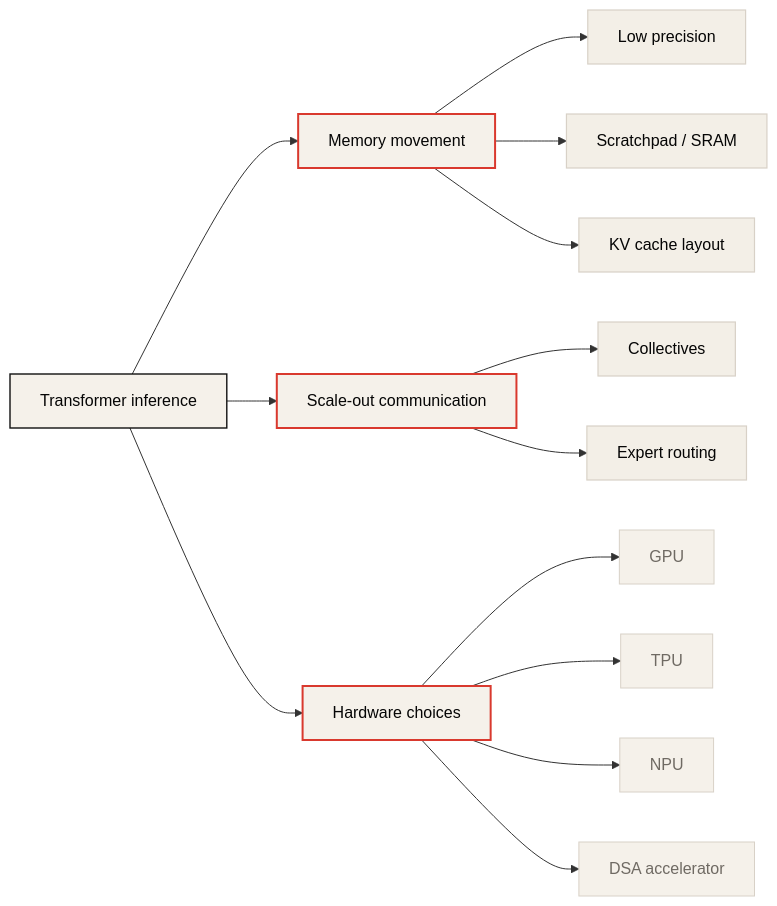
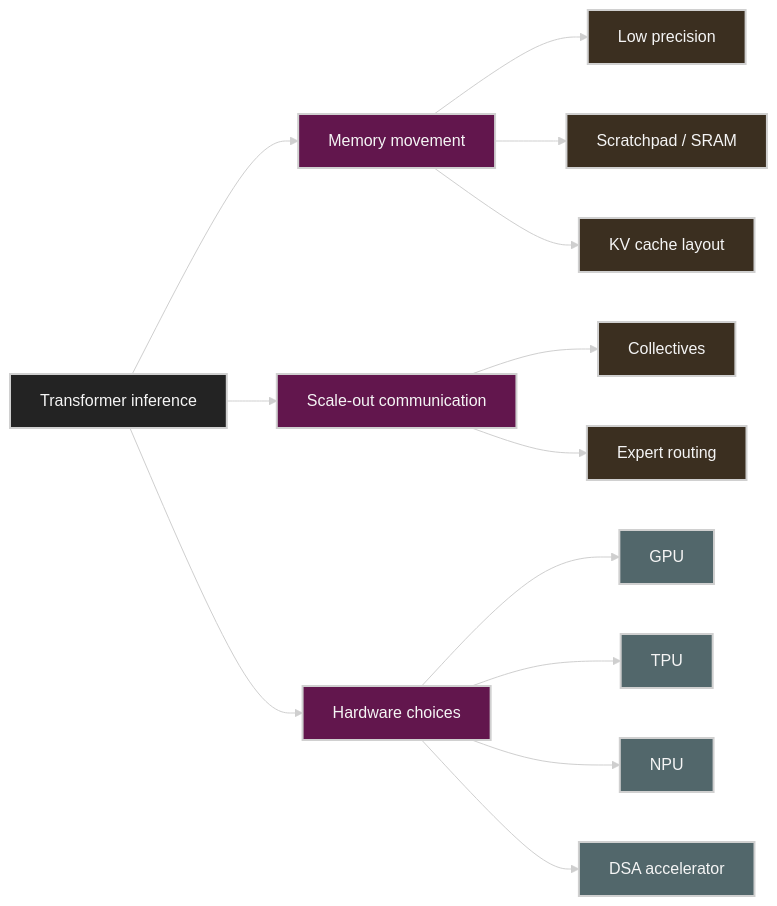
One commit to ziwon/ai-data-center-network changed the diagram in efficient-llm-inference-systems/appendix/hardware-architectures/README.md. Above: the diagram before and after it, drawn with Mermaid. The commit also changed 35 other files, not shown here.

Commit message:
docs(mermaid): apply dark diagram style

````diff
--- a/efficient-llm-inference-systems/appendix/hardware-architectures/README.md
+++ b/efficient-llm-inference-systems/appendix/hardware-architectures/README.md
@@ -28,24 +28,25 @@
 ```mermaid
+%%{init: {"theme": "base", "themeVariables": {"background": "#171717", "primaryColor": "#232323", "primaryTextColor": "#f5f5f5", "primaryBorderColor": "#d0d0d0", "lineColor": "#cfcfcf", "fontFamily": "Inter, Arial, sans-serif"}}}%%
 flowchart LR
     A[Transformer inference] --> B[Memory movement]
     B --> C[Low precision]
     B --> D[Scratchpad / SRAM]
     B --> E[KV cache layout]
     A --> F[Scale-out communication]
     F --> G[Collectives]
     F --> H[Expert routing]
     A --> I[Hardware choices]
     I --> J[GPU]
     I --> K[TPU]
     I --> L[NPU]
     I --> M[DSA accelerator]
 
-    classDef primary fill:#F5F1EA,stroke:#111111,stroke-width:1.4px,color:#050505
-    classDef secondary fill:#F3EFE7,stroke:#D8D1C7,stroke-width:1.2px,color:#050505
-    classDef note fill:#F5F1EA,stroke:#D8D1C7,stroke-width:1px,color:#6F6A63
-    classDef accent fill:#F5F1EA,stroke:#D9392E,stroke-width:2px,color:#050505
+    classDef primary fill:#232323,stroke:#d0d0d0,color:#f5f5f5,stroke-width:2px;
+    classDef secondary fill:#3b2f20,stroke:#d0d0d0,color:#f5f5f5,stroke-width:2px;
+    classDef note fill:#52676b,stroke:#d0d0d0,color:#f5f5f5,stroke-width:2px;
+    classDef accent fill:#62164d,stroke:#d0d0d0,color:#f5f5f5,stroke-width:2px;
     class A primary
     class B,F,I accent
     class C,D,E,G,H secondary
     class J,K,L,M note
 ```
````
